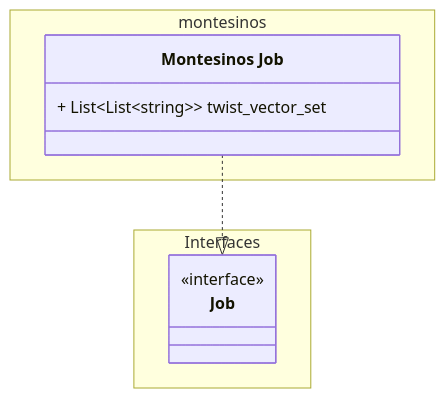
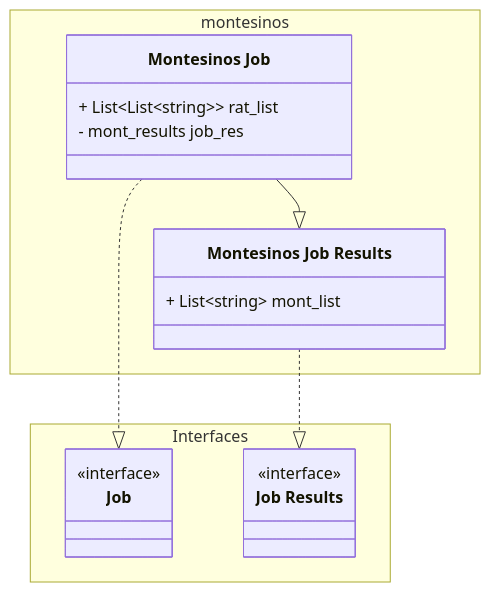
The diagram in docs/unit_description/montesinos/montesinos_job.md (Uiowa-Applied-Topology/web_API), drawn with Mermaid before and after one commit. The commit also changed 11 other files, not shown here.

Commit message:
Updates docs class diagrams

````diff
--- a/docs/unit_description/montesinos/montesinos_job.md
+++ b/docs/unit_description/montesinos/montesinos_job.md
@@ -13,25 +13,34 @@
 ```mermaid
 
 classDiagram
 
 namespace Interfaces {
 
     class aj["Job"]{
         <<interface>>
     }
+    class ajr["Job Results"]{
+        <<interface>>
+    }
 
 }
 
 
 namespace montesinos {
 
     class mj["Montesinos Job"]{
-        + List~List~string~~ twist_vector_set
+        + List~List~string~~ rat_list
+        - mont_results job_res
+    }
+    class mjr["Montesinos Job Results"]{
+        + List~string~ mont_list
     }
 
 }
 
 
 mj ..|> aj
+mjr ..|> ajr
+mj --|> mjr
 
 ```
````
